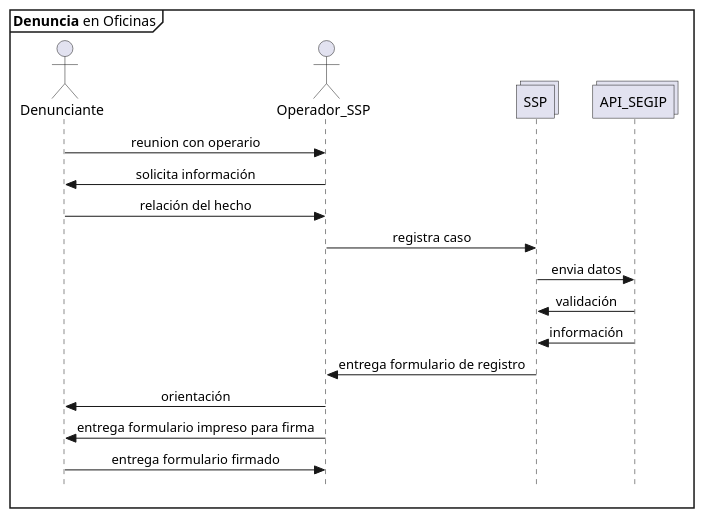
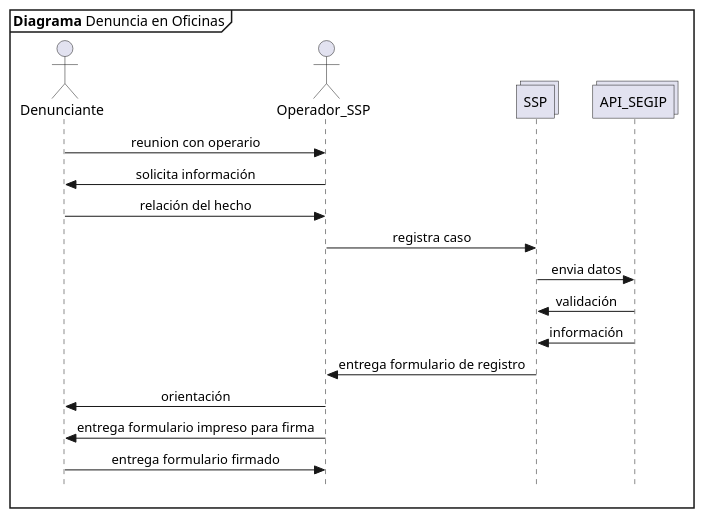
The diagram in propuesta SSP/05 pre registro en oficinas.plantuml (n1m0d0/defdiag), drawn with PlantUML before and after one commit. The commit also changed 4 other files, not shown here.

Commit message:
Nombres de los diagramas del 1 al 5

```diff
--- a/propuesta SSP/05 pre registro en oficinas.plantuml
+++ b/propuesta SSP/05 pre registro en oficinas.plantuml
@@ -1,24 +1,24 @@
 @startuml Denuncia_Oficinas
 skinparam Style strictuml
 skinparam SequenceMessageAlignment center
 
-mainframe **Denuncia** en Oficinas
+mainframe **Diagrama** Denuncia en Oficinas
 
 actor Denunciante as pre
 actor Operador_SSP as opssp
 collections SSP 
 collections API_SEGIP as segip
 
 pre -> opssp : reunion con operario
 opssp -> pre : solicita información
 pre -> opssp : relación del hecho
 opssp -> SSP : registra caso
 SSP -> segip : envia datos
 segip -> SSP : validación 
 segip -> SSP : información 
 SSP->opssp: entrega formulario de registro
 opssp -> pre : orientación
 opssp->pre: entrega formulario impreso para firma
 pre->opssp: entrega formulario firmado
 
 @enduml
```
